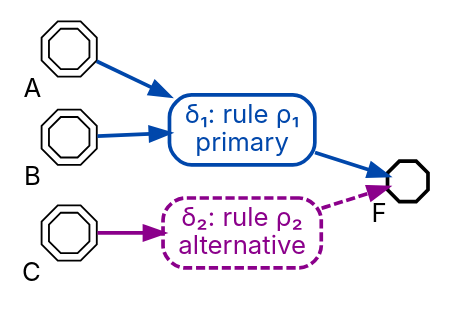
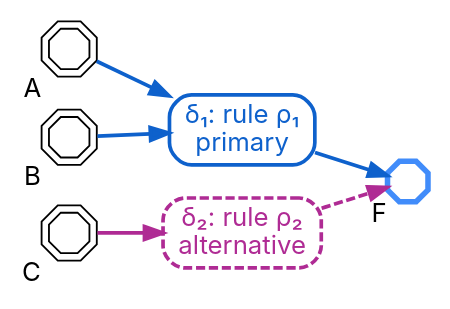
Before and after one commit to agutikov/ein: the diagram in docs/ein/reasoning/02-kb-evolution/diagrams/09-proof-graph.dot, drawn with Graphviz. The commit also changed 31 other files, not shown here.

```diff
--- a/docs/ein/reasoning/02-kb-evolution/diagrams/09-proof-graph.dot
+++ b/docs/ein/reasoning/02-kb-evolution/diagrams/09-proof-graph.dot
@@ -1,15 +1,15 @@
 digraph proof_graph {
   rankdir=LR; forcelabels=true;
   node [fontname="Inter"];
   A [shape=octagon, label="", width=0.3, height=0.3, fixedsize=true, xlabel="A", peripheries=2];
   B [shape=octagon, label="", width=0.3, height=0.3, fixedsize=true, xlabel="B", peripheries=2];
   C [shape=octagon, label="", width=0.3, height=0.3, fixedsize=true, xlabel="C", peripheries=2];
-  d1 [label="δ₁: rule ρ₁\nprimary", shape=box, style="rounded", color="#0047ab", fontcolor="#0047ab", penwidth=2];
-  d2 [label="δ₂: rule ρ₂\nalternative", shape=box, style="rounded,dashed", color="#8b008b", fontcolor="#8b008b", penwidth=2];
-  F [shape=octagon, label="", width=0.3, height=0.3, fixedsize=true, xlabel="F", penwidth=2];
-  A -> d1 [color="#0047ab", penwidth=2];
-  B -> d1 [color="#0047ab", penwidth=2];
-  C -> d2 [color="#8b008b", penwidth=2];
-  d1 -> F [color="#0047ab", penwidth=2];
-  d2 -> F [color="#8b008b", style=dashed, penwidth=2];
+  d1 [label="δ₁: rule ρ₁\nprimary", shape=box, style="rounded", color="#0e61cc", fontcolor="#0e61cc", penwidth=2];
+  d2 [label="δ₂: rule ρ₂\nalternative", shape=box, style="rounded,dashed", color="#af2b94", fontcolor="#af2b94", penwidth=2];
+  F [shape=octagon, label="", width=0.3, height=0.3, fixedsize=true, xlabel="F", color="#418cfa", penwidth=3];
+  A -> d1 [color="#0e61cc", penwidth=2];
+  B -> d1 [color="#0e61cc", penwidth=2];
+  C -> d2 [color="#af2b94", penwidth=2];
+  d1 -> F [color="#0e61cc", penwidth=2];
+  d2 -> F [color="#af2b94", style=dashed, penwidth=2];
 }
```
